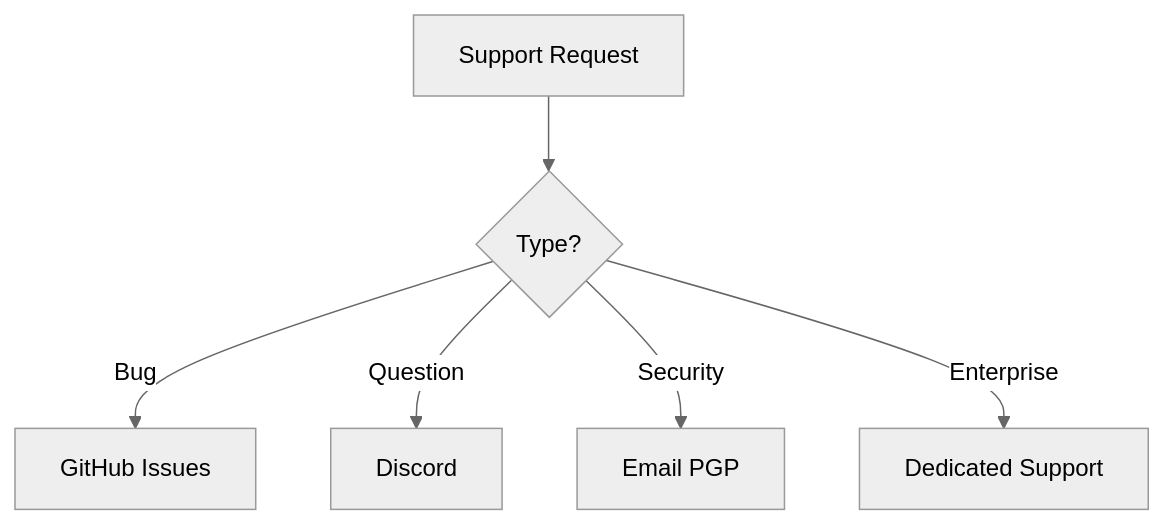
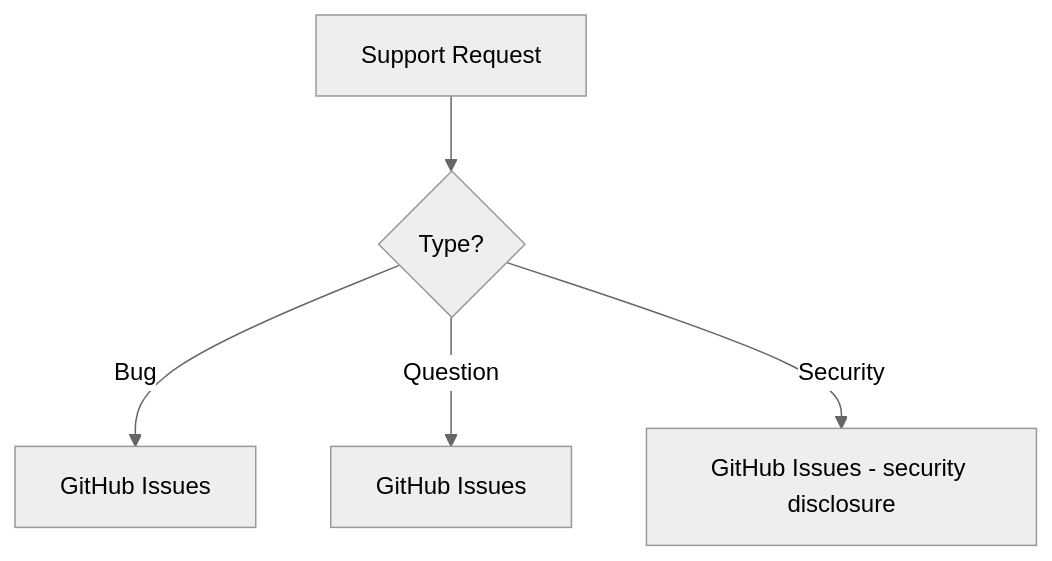
Before and after one commit to xtawb/Anomalyze: the diagram in docs/support.md, drawn with Mermaid (neutral theme). The commit also changed other lines of this file and 23 other files, not shown here.

````diff
--- a/docs/support.md
+++ b/docs/support.md
@@ -3,8 +3,7 @@
 ```mermaid
 graph TD
     A[Support Request] --> B{Type?}
     B -->|Bug| C[GitHub Issues]
-    B -->|Question| D[Discord]
-    B -->|Security| E[Email PGP]
-    B -->|Enterprise| F[Dedicated Support]
+    B -->|Question| D[GitHub Issues]
+    B -->|Security| E[GitHub Issues - security disclosure]
 ```
````
